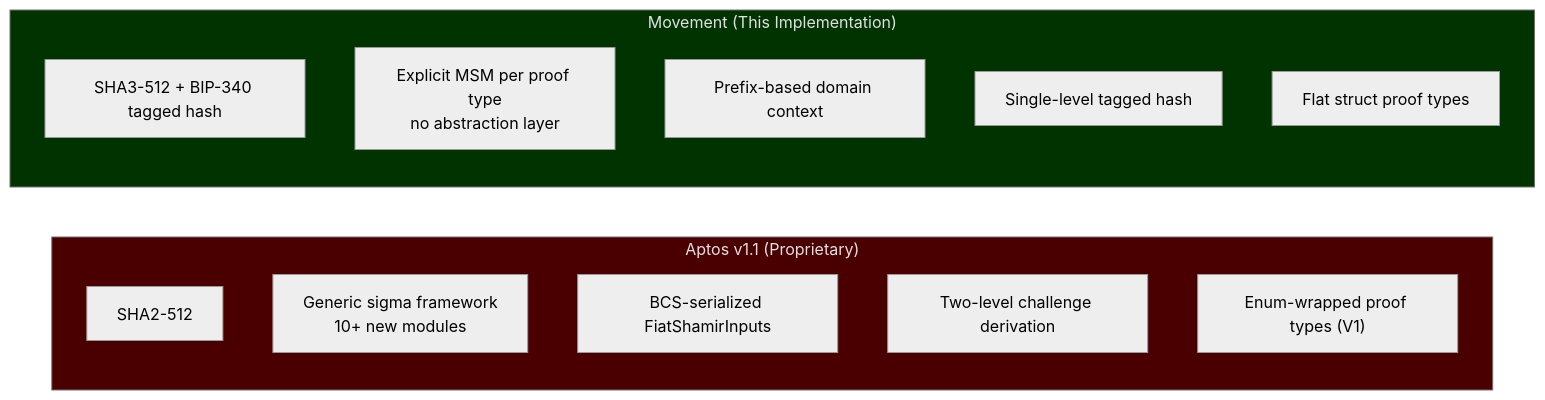
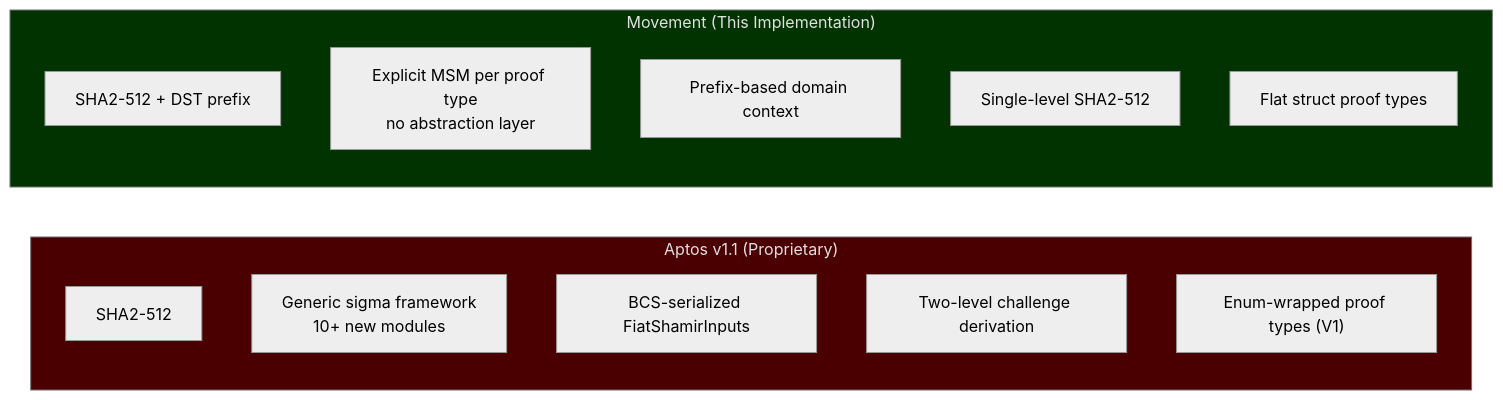
Diagram 15 of 15 in aptos-move/framework/aptos-experimental/whitepaper.md (movement-network/aptos-core), drawn with Mermaid (neutral theme) before and after one commit. The commit also changed other lines of this file and 43 other files, not shown here.

Commit message:
remove sha3 512 / BIP-340 tagged hashing

````diff
--- a/aptos-move/framework/aptos-experimental/whitepaper.md
+++ b/aptos-move/framework/aptos-experimental/whitepaper.md
@@ -586,19 +586,19 @@
 ```mermaid
 flowchart LR
     subgraph Aptos["Aptos v1.1 (Proprietary)"]
         A1["SHA2-512"]
         A2["Generic sigma framework<br/>10+ new modules"]
         A3["BCS-serialized FiatShamirInputs"]
         A4["Two-level challenge derivation"]
         A5["Enum-wrapped proof types (V1)"]
     end
     subgraph Movement["Movement (This Implementation)"]
-        M1["SHA3-512 + BIP-340 tagged hash"]
+        M1["SHA2-512 + DST prefix"]
         M2["Explicit MSM per proof type<br/>no abstraction layer"]
         M3["Prefix-based domain context"]
-        M4["Single-level tagged hash"]
+        M4["Single-level SHA2-512"]
         M5["Flat struct proof types"]
     end
     style Aptos fill:#4a0000,color:#e0e0e0
     style Movement fill:#003300,color:#e0e0e0
 ```
````
